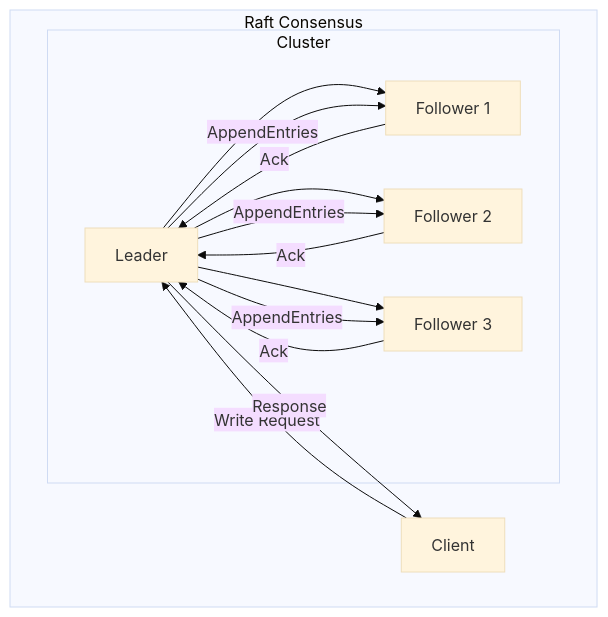
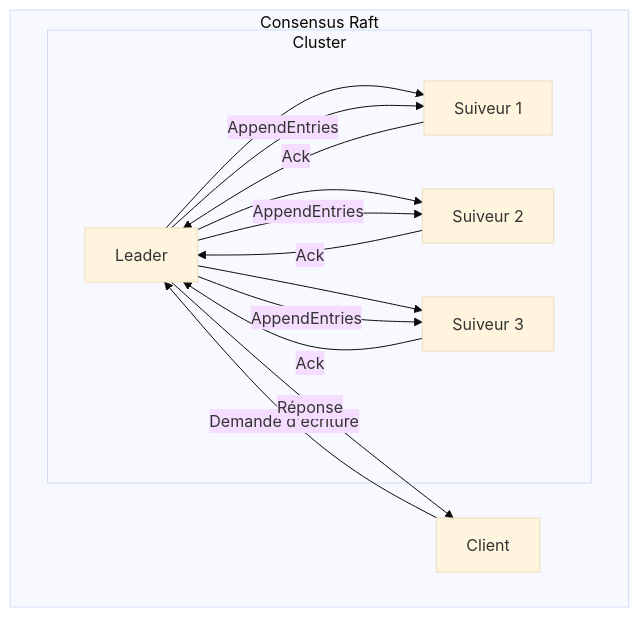
One commit to dardourimohamed/distributed-systems-course changed the first of 10 diagrams in src/consensus/12-raft-algorithm.md. Above: the diagram before and after it, drawn with Mermaid (base theme). The commit also changed other lines of this file and 38 other files, not shown here.

````diff
--- a/src/consensus/12-raft-algorithm.md
+++ b/src/consensus/12-raft-algorithm.md
@@ -36,22 +36,22 @@
 ```mermaid
 graph TB
-    subgraph "Raft Consensus"
+    subgraph "Consensus Raft"
         Client[Client]
 
         subgraph "Cluster"
             L[Leader]
-            F1[Follower 1]
-            F2[Follower 2]
-            F3[Follower 3]
+            F1[Suiveur 1]
+            F2[Suiveur 2]
+            F3[Suiveur 3]
 
             L --> F1
             L --> F2
             L --> F3
         end
 
-        Client -->|Write Request| L
+        Client -->|Demande d'écriture| L
         L -->|AppendEntries| F1 & F2 & F3
         F1 & F2 & F3 -->|Ack| L
-        L -->|Response| Client
+        L -->|Réponse| Client
     end
 ```
````
